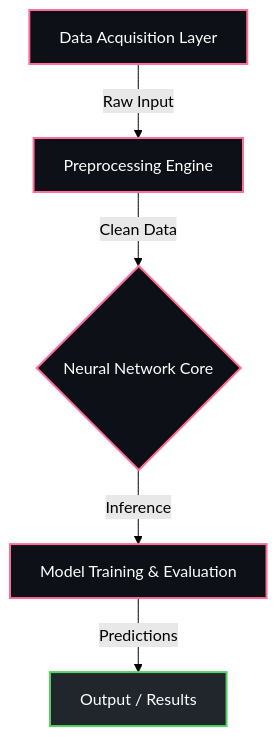
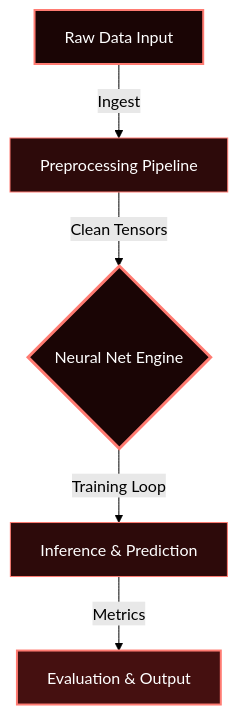
Before and after one commit to Nytrynox/MirrorBody-X: the diagram in README.md, drawn with Mermaid (forest theme). The commit also changed other lines of this file, not shown here.

````diff
--- a/README.md
+++ b/README.md
@@ -29,14 +34,13 @@
 ```mermaid
 graph TD;
-    A["Data Acquisition Layer"] -->|Raw Input| B["Preprocessing Engine"];
-    B -->|Clean Data| D{"Neural Network Core"};
-    D -->|Inference| E["Model Training & Evaluation"];
-    E -->|Predictions| F["Output / Results"];
+    A["Raw Data Input"] -->|"Ingest"| B["Preprocessing Pipeline"];
+    B -->|"Clean Tensors"| D{"Neural Net Engine"};
+    D -->|"Training Loop"| E["Inference & Prediction"];
+    E -->|"Metrics"| F["Evaluation & Output"];
 
-    classDef ml fill:#0d1117,stroke:#ff6e96,stroke-width:2px,color:#fff;
-    classDef cv fill:#161b22,stroke:#79c0ff,stroke-width:2px,color:#fff;
-    classDef web fill:#21262d,stroke:#56d364,stroke-width:2px,color:#fff;
-    class A,B ml;
-    class D,E ml;
-    class F,G web;
+    style A fill:#1a0505,stroke:#ff7b72,stroke-width:2px,color:#fff
+    style B fill:#2d0a0a,stroke:#ff7b72,stroke-width:1px,color:#fff
+    style D fill:#1a0505,stroke:#ff7b72,stroke-width:3px,color:#fff
+    style E fill:#2d0a0a,stroke:#ff7b72,stroke-width:1px,color:#fff
+    style F fill:#451010,stroke:#ff7b72,stroke-width:2px,color:#fff
 ```
````
